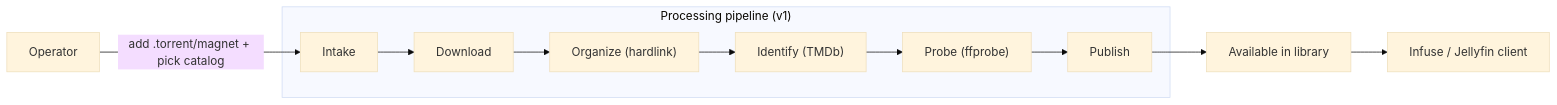
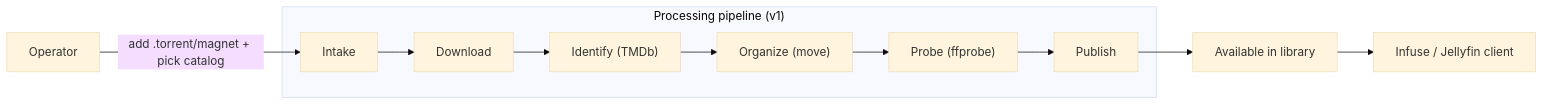
One commit to alex-de-haas/media-server changed the first of 2 diagrams in docs/root.md. Above: the diagram before and after it, drawn with Mermaid (base theme). The commit also changed other lines of this file and 102 other files, not shown here.

````diff
--- a/docs/root.md
+++ b/docs/root.md
@@ -31,10 +31,10 @@
 ```mermaid
 flowchart LR
   U["Operator"] -->|add .torrent/magnet + pick catalog| INTAKE
   subgraph PROC["Processing pipeline (v1)"]
-    INTAKE["Intake"] --> DL["Download"] --> ORG["Organize (hardlink)"]
-    ORG --> ID["Identify (TMDb)"] --> PROBE["Probe (ffprobe)"] --> PUB["Publish"]
+    INTAKE["Intake"] --> DL["Download"] --> ID["Identify (TMDb)"]
+    ID --> ORG["Organize (move)"] --> PROBE["Probe (ffprobe)"] --> PUB["Publish"]
   end
   PUB --> AVAIL["Available in library"]
   AVAIL --> INFUSE["Infuse / Jellyfin client"]
 ```
````
